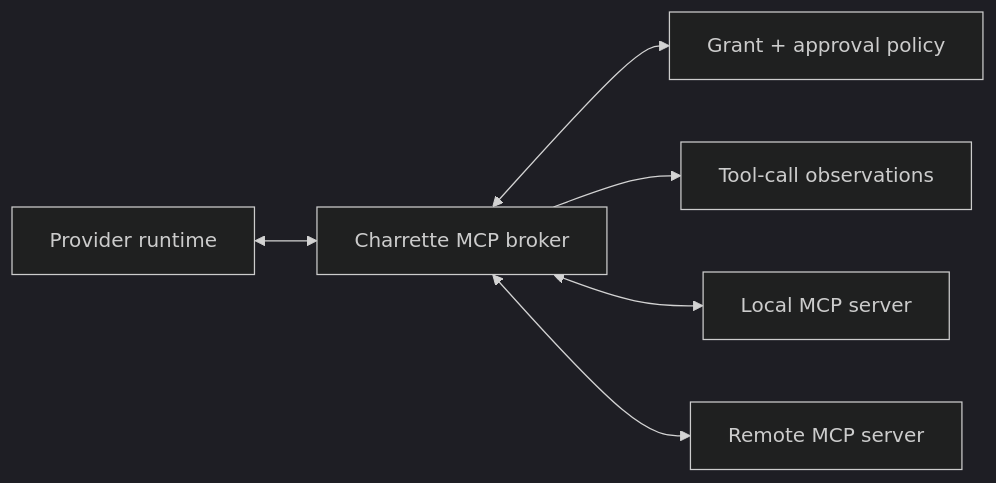
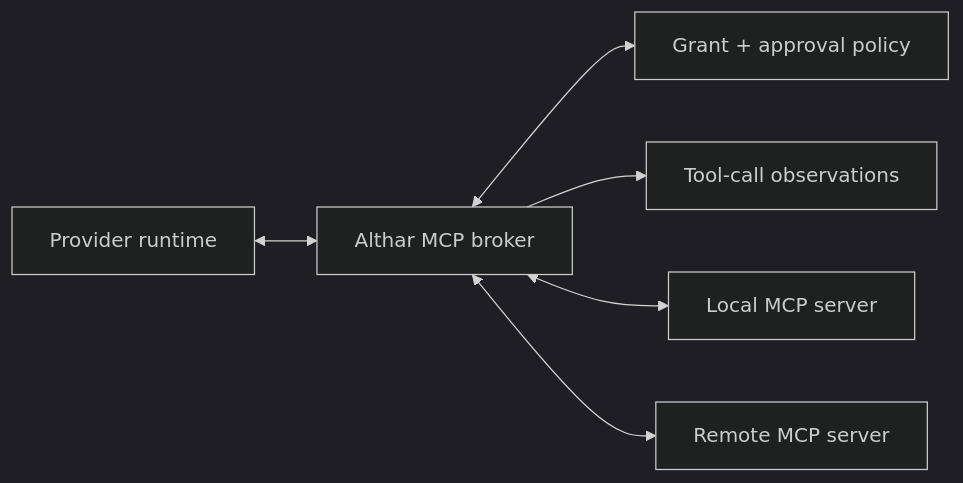
Before and after one commit to AltharIDE/althar: the diagram in docs/architecture/06-integrations-and-skills.md, drawn with Mermaid (dark theme). The commit also changed other lines of this file and 343 other files, not shown here.

First line of the commit message:
Rename Charrette to Althar

````diff
--- a/docs/architecture/06-integrations-and-skills.md
+++ b/docs/architecture/06-integrations-and-skills.md
@@ -307,15 +307,15 @@
 ```mermaid
 flowchart LR
     Provider["Provider runtime"]
-    Broker["Charrette MCP broker"]
+    Broker["Althar MCP broker"]
     Policy["Grant + approval policy"]
     Audit["Tool-call observations"]
     ServerA["Local MCP server"]
     ServerB["Remote MCP server"]
 
     Provider <--> Broker
     Broker <--> Policy
     Broker --> Audit
     Broker <--> ServerA
     Broker <--> ServerB
 ```
````
